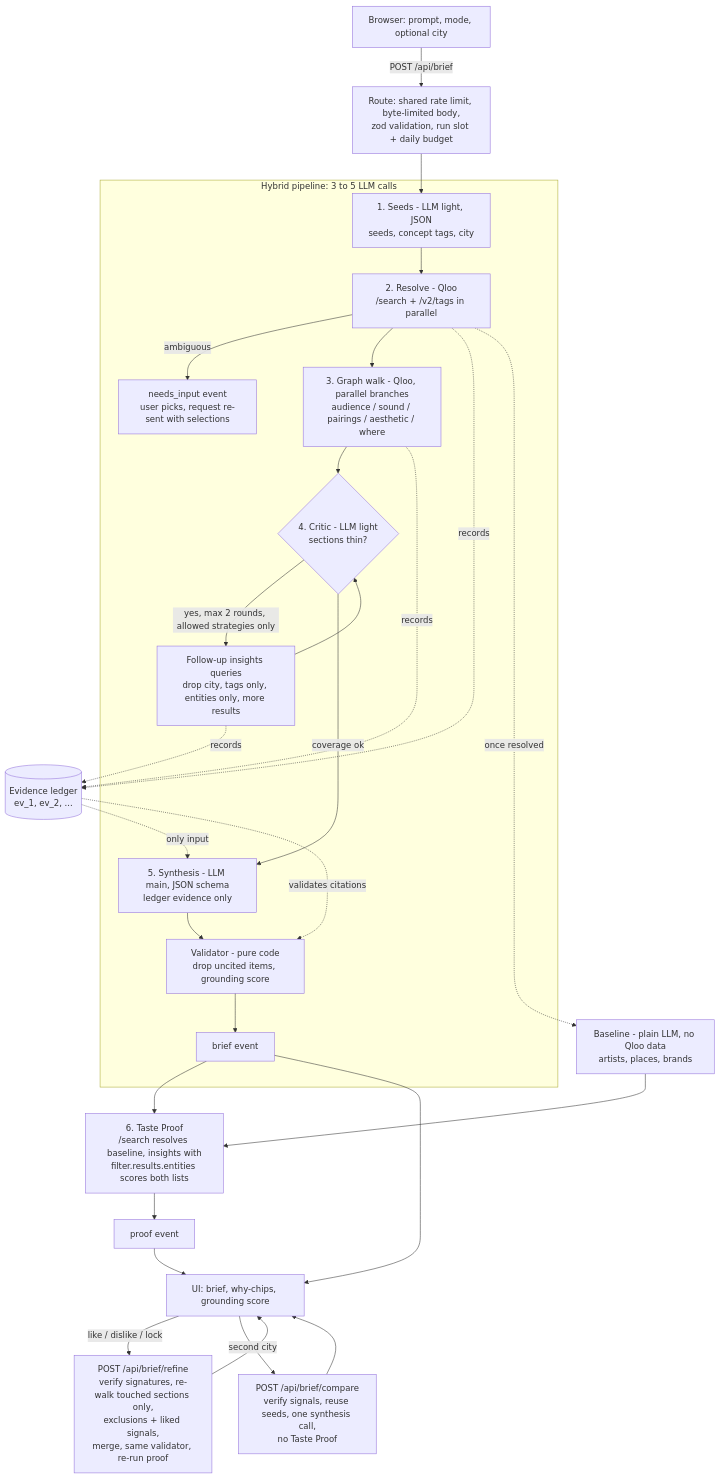
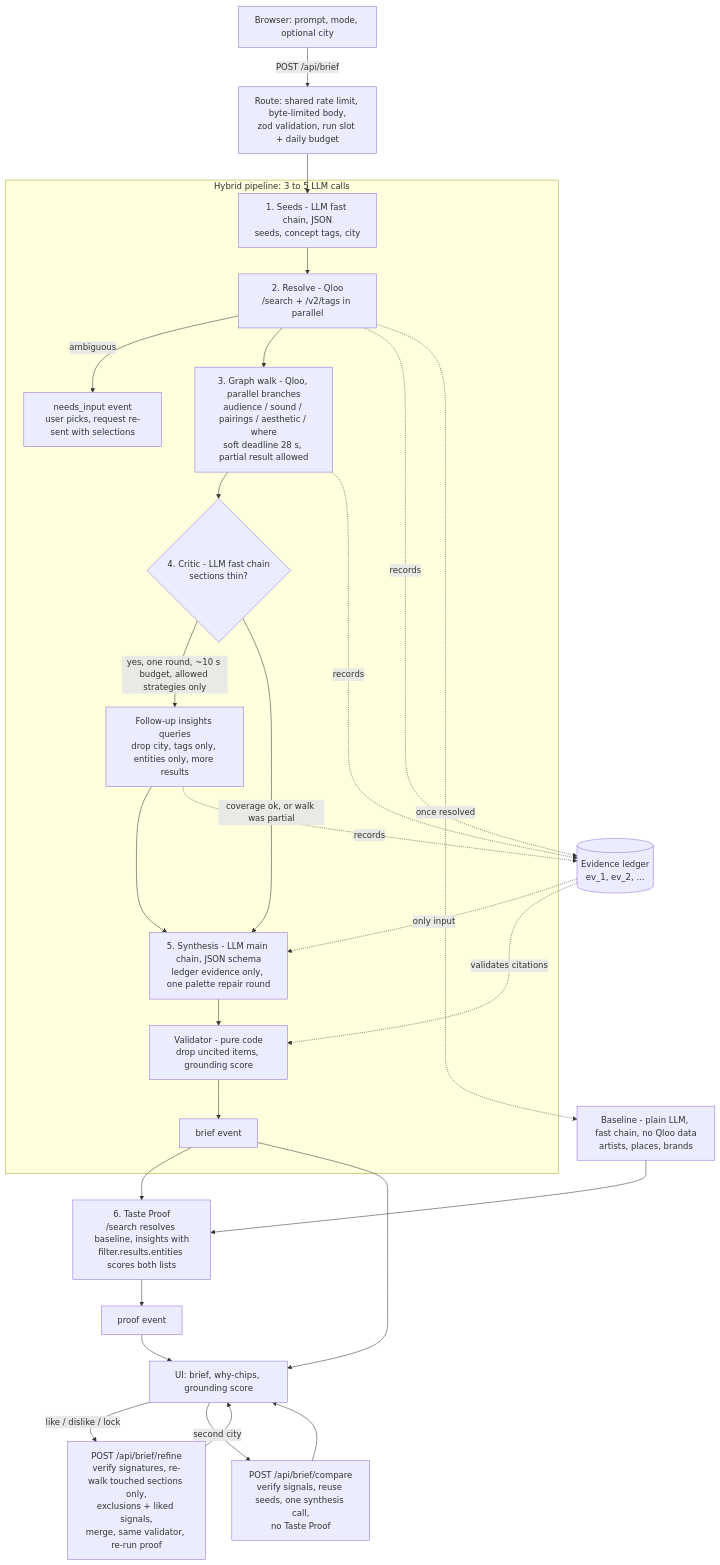
The diagram in docs/ARCHITECTURE.md (Kunsh162007/tasteforge), drawn with Mermaid before and after one commit. The commit also changed other lines of this file and 80 other files, not shown here.

````diff
--- a/docs/ARCHITECTURE.md
+++ b/docs/ARCHITECTURE.md
@@ -9,38 +9,38 @@
 ```mermaid
 flowchart TD
     U[Browser: prompt, mode, optional city] -->|POST /api/brief| R[Route: shared rate limit, byte-limited body,<br/>zod validation, run slot + daily budget]
     R --> S1
 
     subgraph Pipeline [Hybrid pipeline: 3 to 5 LLM calls]
-      S1[1. Seeds - LLM light, JSON<br/>seeds, concept tags, city] --> S2
+      S1[1. Seeds - LLM fast chain, JSON<br/>seeds, concept tags, city] --> S2
       S2[2. Resolve - Qloo<br/>/search + /v2/tags in parallel] -->|ambiguous| NI[needs_input event<br/>user picks, request re-sent with selections]
       S2 --> S3
-      S3[3. Graph walk - Qloo, parallel branches<br/>audience / sound / pairings / aesthetic / where]
+      S3[3. Graph walk - Qloo, parallel branches<br/>audience / sound / pairings / aesthetic / where<br/>soft deadline 28 s, partial result allowed]
       S3 --> S4
-      S4{4. Critic - LLM light<br/>sections thin?}
-      S4 -->|yes, max 2 rounds, allowed strategies only| F[Follow-up insights queries<br/>drop city, tags only, entities only, more results]
-      F --> S4
-      S4 -->|coverage ok| S5
-      S5[5. Synthesis - LLM main, JSON schema<br/>ledger evidence only] --> V
+      S4{4. Critic - LLM fast chain<br/>sections thin?}
+      S4 -->|yes, one round, ~10 s budget, allowed strategies only| F[Follow-up insights queries<br/>drop city, tags only, entities only, more results]
+      F --> S5
+      S4 -->|coverage ok, or walk was partial| S5
+      S5[5. Synthesis - LLM main chain, JSON schema<br/>ledger evidence only, one palette repair round] --> V
       V[Validator - pure code<br/>drop uncited items, grounding score] --> B[brief event]
     end
 
     L[(Evidence ledger<br/>ev_1, ev_2, ...)]
     S2 -. records .-> L
     S3 -. records .-> L
     F -. records .-> L
     L -. only input .-> S5
     L -. validates citations .-> V
 
-    S2 -. once resolved .-> BL[Baseline - plain LLM, no Qloo data<br/>artists, places, brands]
+    S2 -. once resolved .-> BL[Baseline - plain LLM, fast chain, no Qloo data<br/>artists, places, brands]
     BL --> P
     B --> P[6. Taste Proof<br/>/search resolves baseline, insights with<br/>filter.results.entities scores both lists]
     P --> PE[proof event]
 
     B --> UI[UI: brief, why-chips, grounding score]
     PE --> UI
     UI -->|like / dislike / lock| RF[POST /api/brief/refine<br/>verify signatures, re-walk touched sections only,<br/>exclusions + liked signals,<br/>merge, same validator, re-run proof]
     RF --> UI
     UI -->|second city| CP[POST /api/brief/compare<br/>verify signals, reuse seeds, one synthesis call,<br/>no Taste Proof]
     CP --> UI
 ```
````
